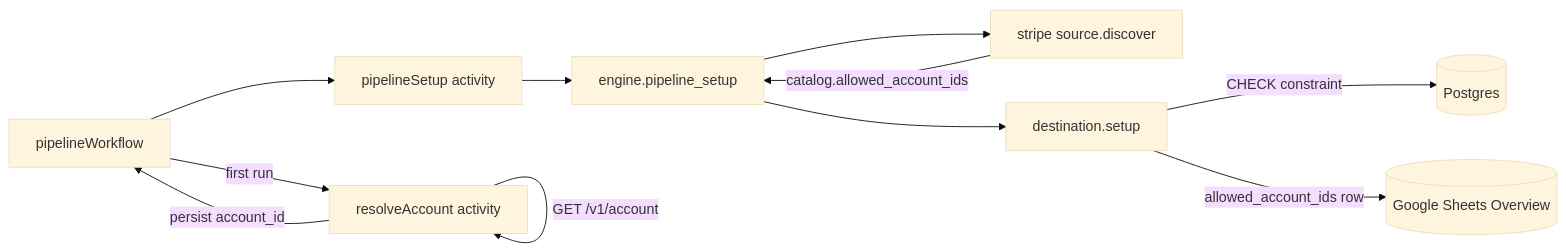
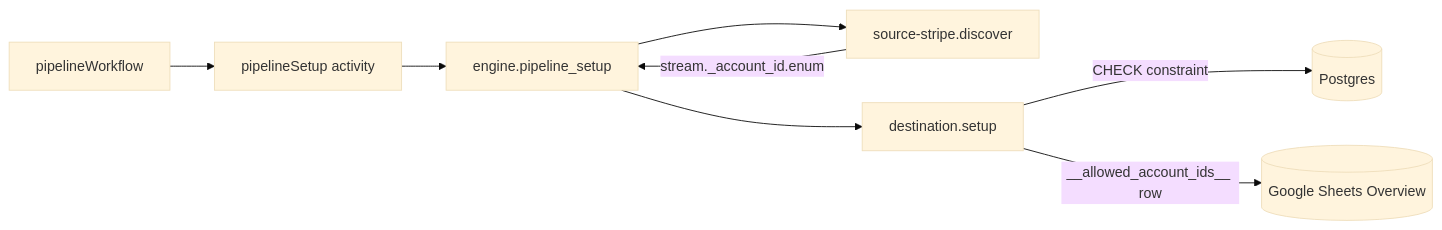
One commit to stripe/sync-engine-fork changed the diagram in docs/plans/2026-04-26-schema-const-enum-constraints.md. Above: the diagram before and after it, drawn with Mermaid (base theme). The commit also changed other lines of this file and 5 other files, not shown here.

````diff
--- a/docs/plans/2026-04-26-schema-const-enum-constraints.md
+++ b/docs/plans/2026-04-26-schema-const-enum-constraints.md
@@ -80,22 +17,15 @@
 ```mermaid
 flowchart LR
   WF[pipelineWorkflow]
-  RA[resolveAccount activity]
   PS[pipelineSetup activity]
   ENG[engine.pipeline_setup]
-  SRC[stripe source.discover]
+  SRC[source-stripe.discover]
   DST[destination.setup]
   PG[(Postgres)]
   GS[(Google Sheets Overview)]
 
-  WF -->|"first run"| RA
-  RA -->|"GET /v1/account"| RA
-  RA -->|"persist account_id"| WF
-  WF --> PS
-  PS --> ENG
-  ENG --> SRC
-  SRC -->|"catalog.allowed_account_ids"| ENG
-  ENG --> DST
+  WF --> PS --> ENG --> SRC
+  SRC -->|"stream._account_id.enum"| ENG --> DST
   DST -->|"CHECK constraint"| PG
-  DST -->|"allowed_account_ids row"| GS
+  DST -->|"__allowed_account_ids__ row"| GS
 ```
````
